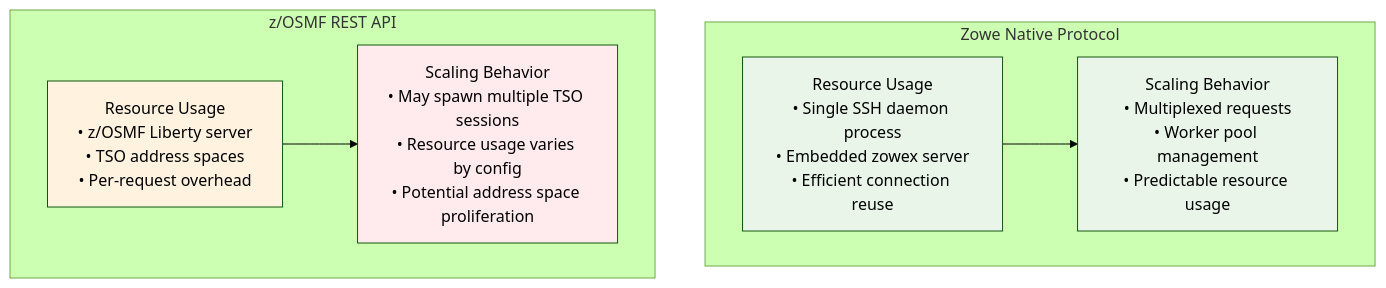
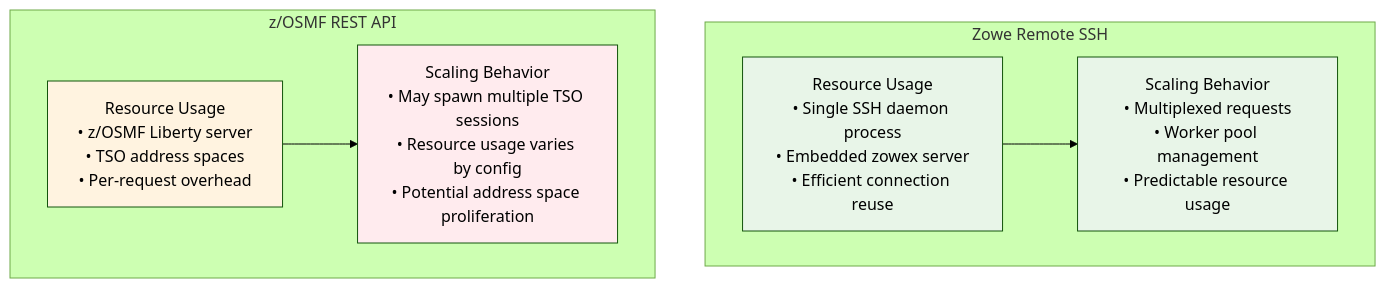
One commit to zowe/zowe-native-proto changed the eighth of 13 diagrams in doc/architecture-comparisons.md. Above: the diagram before and after it, drawn with Mermaid (forest theme). The commit also changed other lines of this file and 103 other files, not shown here.

First line of the commit message:
chore: Rename "Zowe Native Proto" to "Zowe Remote SSH", "zowex" (#933)

````diff
--- a/doc/architecture-comparisons.md
+++ b/doc/architecture-comparisons.md
@@ -288,19 +288,19 @@
 ```mermaid
 graph TB
-    subgraph "Zowe Native Protocol"
+    subgraph "Zowe Remote SSH"
         ZNP_RESOURCE["Resource Usage<br/>• Single SSH daemon process<br/>• Embedded zowex server<br/>• Efficient connection reuse"]
         ZNP_SCALE["Scaling Behavior<br/>• Multiplexed requests<br/>• Worker pool management<br/>• Predictable resource usage"]
         ZNP_RESOURCE --> ZNP_SCALE
     end
 
     subgraph "z/OSMF REST API"
         ZOSMF_RESOURCE["Resource Usage<br/>• z/OSMF Liberty server<br/>• TSO address spaces<br/>• Per-request overhead"]
         ZOSMF_SCALE["Scaling Behavior<br/>• May spawn multiple TSO sessions<br/>• Resource usage varies by config<br/>• Potential address space proliferation"]
         ZOSMF_RESOURCE --> ZOSMF_SCALE
     end
 
     style ZNP_RESOURCE fill:#e8f5e8
     style ZNP_SCALE fill:#e8f5e8
     style ZOSMF_RESOURCE fill:#fff3e0
     style ZOSMF_SCALE fill:#ffebee
 ```
````
